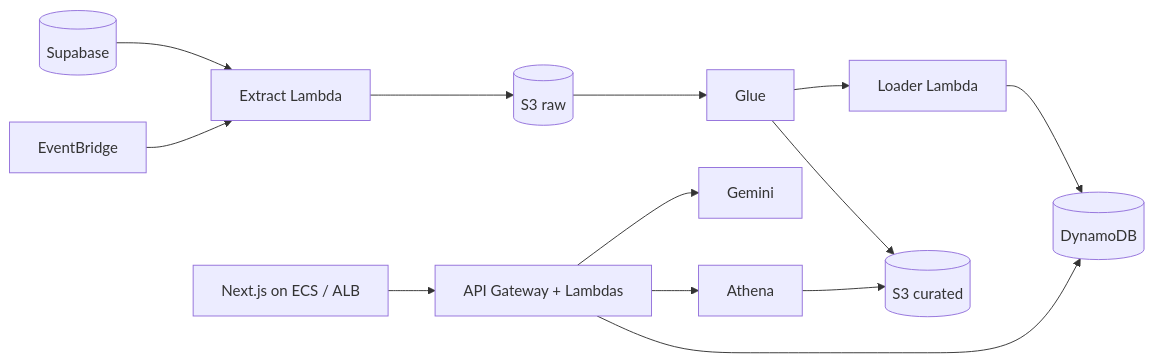
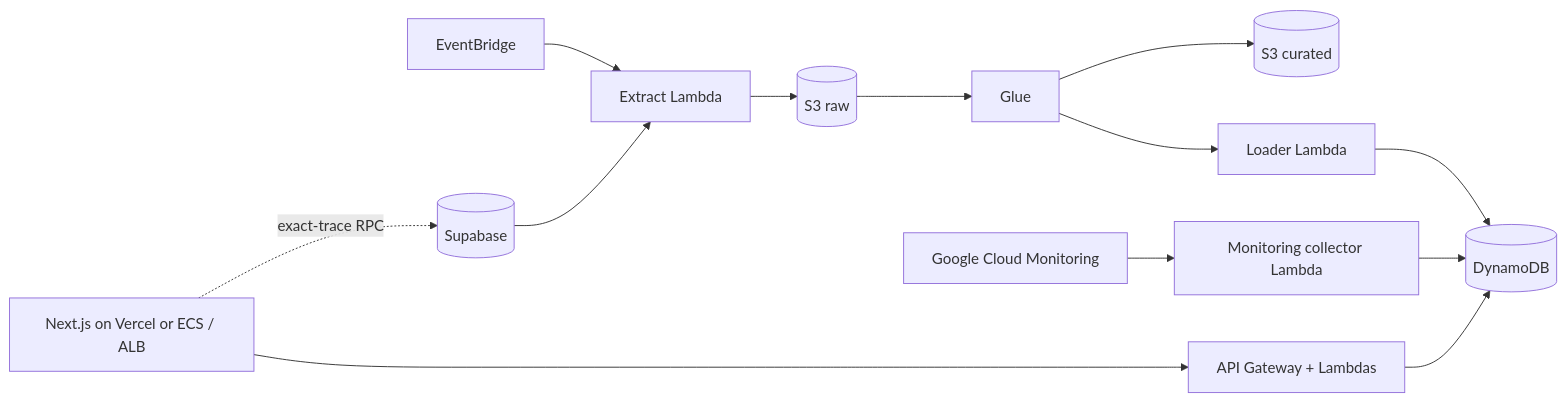
Before and after one commit to VoMinhKhoii/kallo-aws-analytics: the diagram in README.md, drawn with Mermaid. The commit also changed other lines of this file and 20 other files, not shown here.

Commit message:
docs(architecture): align artifacts with monitoring design

````diff
--- a/README.md
+++ b/README.md
@@ -11,11 +11,11 @@
 ```mermaid
 flowchart LR
   EB[EventBridge] --> EX[Extract Lambda]
   SB[(Supabase)] --> EX
   EX --> S3R[(S3 raw)] --> GL[Glue] --> S3C[(S3 curated)]
   GL --> LD[Loader Lambda] --> DB[(DynamoDB)]
-  UI[Next.js on ECS / ALB] --> API[API Gateway + Lambdas]
+  GCM[Google Cloud Monitoring] --> CM[Monitoring collector Lambda] --> DB
+  UI[Next.js on Vercel or ECS / ALB] --> API[API Gateway + Lambdas]
   API --> DB
-  API --> AT[Athena] --> S3C
-  API --> GM[Gemini]
+  UI -. exact-trace RPC .-> SB
 ```
````
